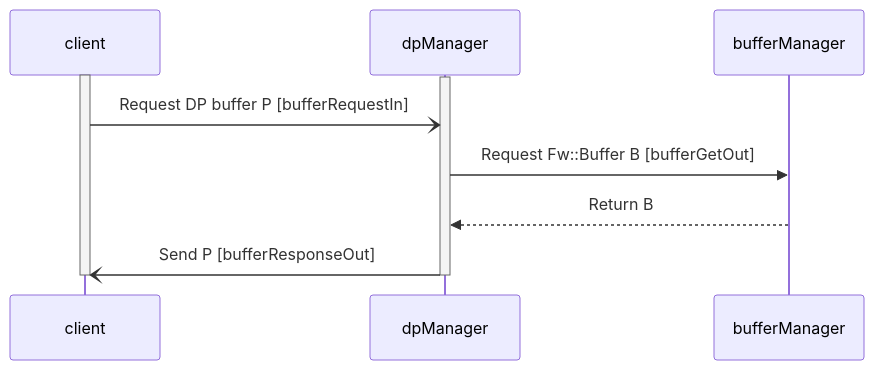
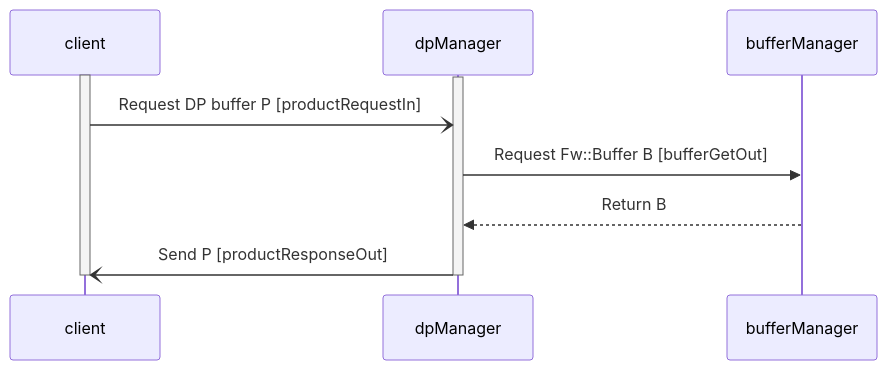
One commit to bocchino/fprime changed the first of 2 diagrams in Svc/DpManager/docs/sdd.md. Above: the diagram before and after it, drawn with Mermaid. The commit also changed other lines of this file, not shown here.

Commit message:
Revise DpManager SDD

````diff
--- a/Svc/DpManager/docs/sdd.md
+++ b/Svc/DpManager/docs/sdd.md
@@ -146,11 +146,11 @@
 ```mermaid
 sequenceDiagram
     activate client
     activate dpManager
-    client-)dpManager: Request DP buffer P [bufferRequestIn]
+    client-)dpManager: Request DP buffer P [productRequestIn]
     dpManager->>bufferManager: Request Fw::Buffer B [bufferGetOut]
     bufferManager-->>dpManager: Return B
-    dpManager-)client: Send P [bufferResponseOut]
+    dpManager-)client: Send P [productResponseOut]
     deactivate dpManager
     deactivate client
 ```
````
